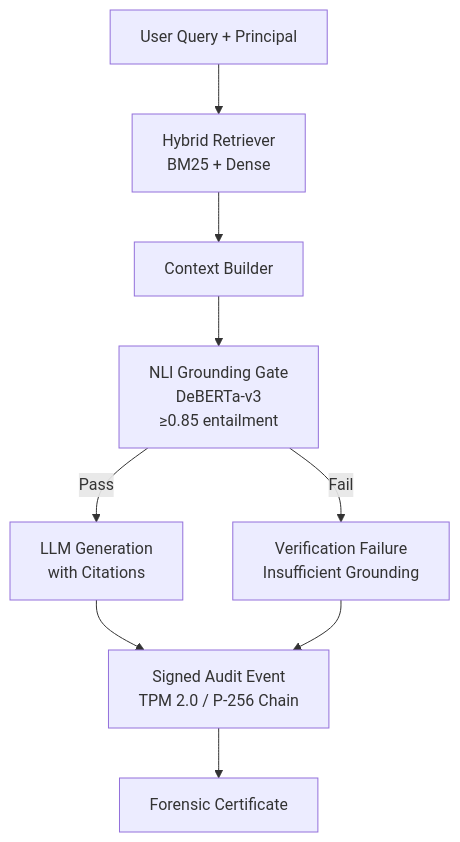
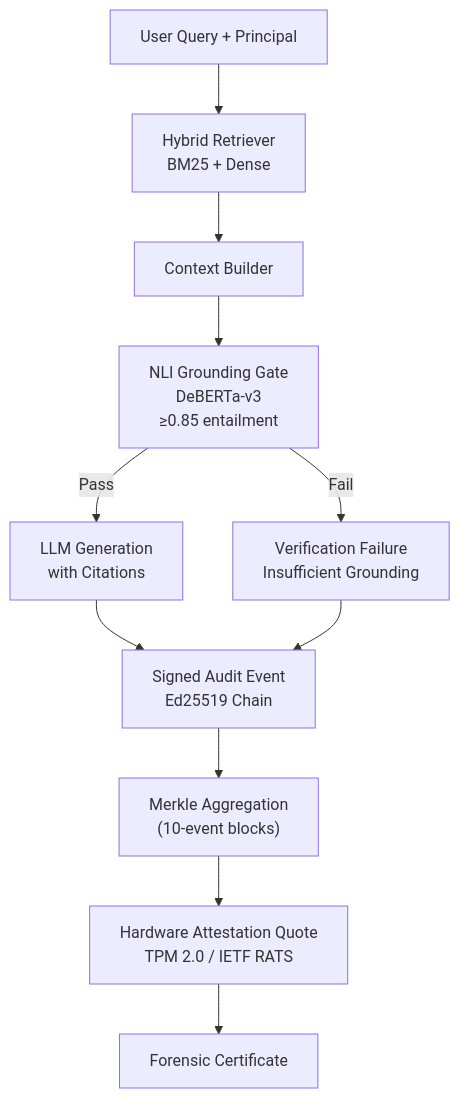
The first of 2 diagrams in README.md (anandkrshnn/sovereign-ai-stack), drawn with Mermaid before and after one commit. The commit also changed other lines of this file and 25 other files, not shown here.

Commit message:
release: v0.1.0a4 - Hardware-Anchored Merkle Checkpoints and Pluggable HAL

````diff
--- a/README.md
+++ b/README.md
@@ -21,11 +21,13 @@
 ```mermaid
 flowchart TD
     A["User Query + Principal"] --> B["Hybrid Retriever<br/>BM25 + Dense"]
     B --> C["Context Builder"]
     C --> D["NLI Grounding Gate<br/>DeBERTa-v3<br/>≥0.85 entailment"]
     D -->|Pass| E["LLM Generation<br/>with Citations"]
     D -->|Fail| F["Verification Failure<br/>Insufficient Grounding"]
-    E --> G["Signed Audit Event<br/>TPM 2.0 / P-256 Chain"]
+    E --> G["Signed Audit Event<br/>Ed25519 Chain"]
     F --> G
-    G --> H["Forensic Certificate"]
+    G --> H["Merkle Aggregation<br/>(10-event blocks)"]
+    H --> I["Hardware Attestation Quote<br/>TPM 2.0 / IETF RATS"]
+    I --> J["Forensic Certificate"]
 ```
````
